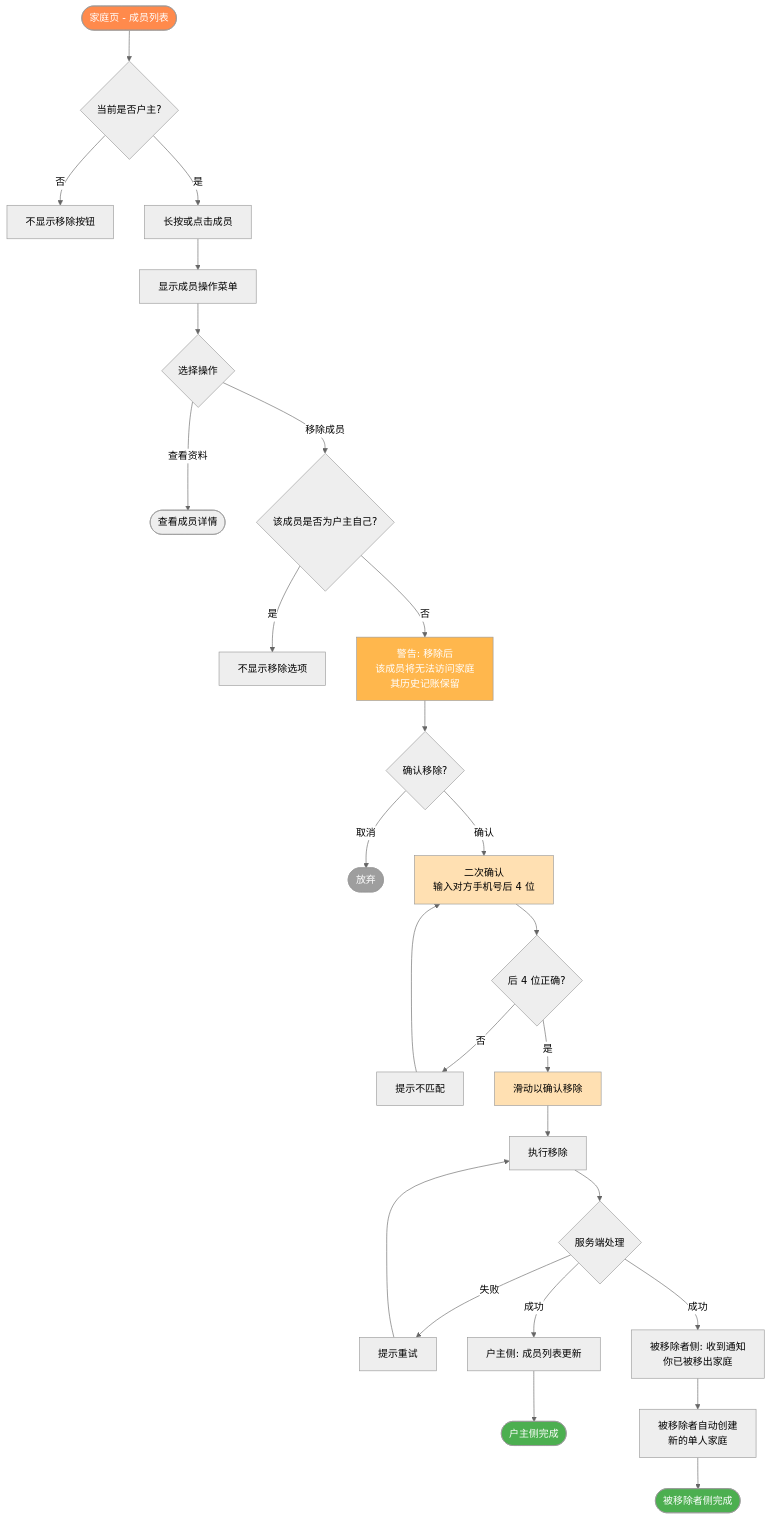
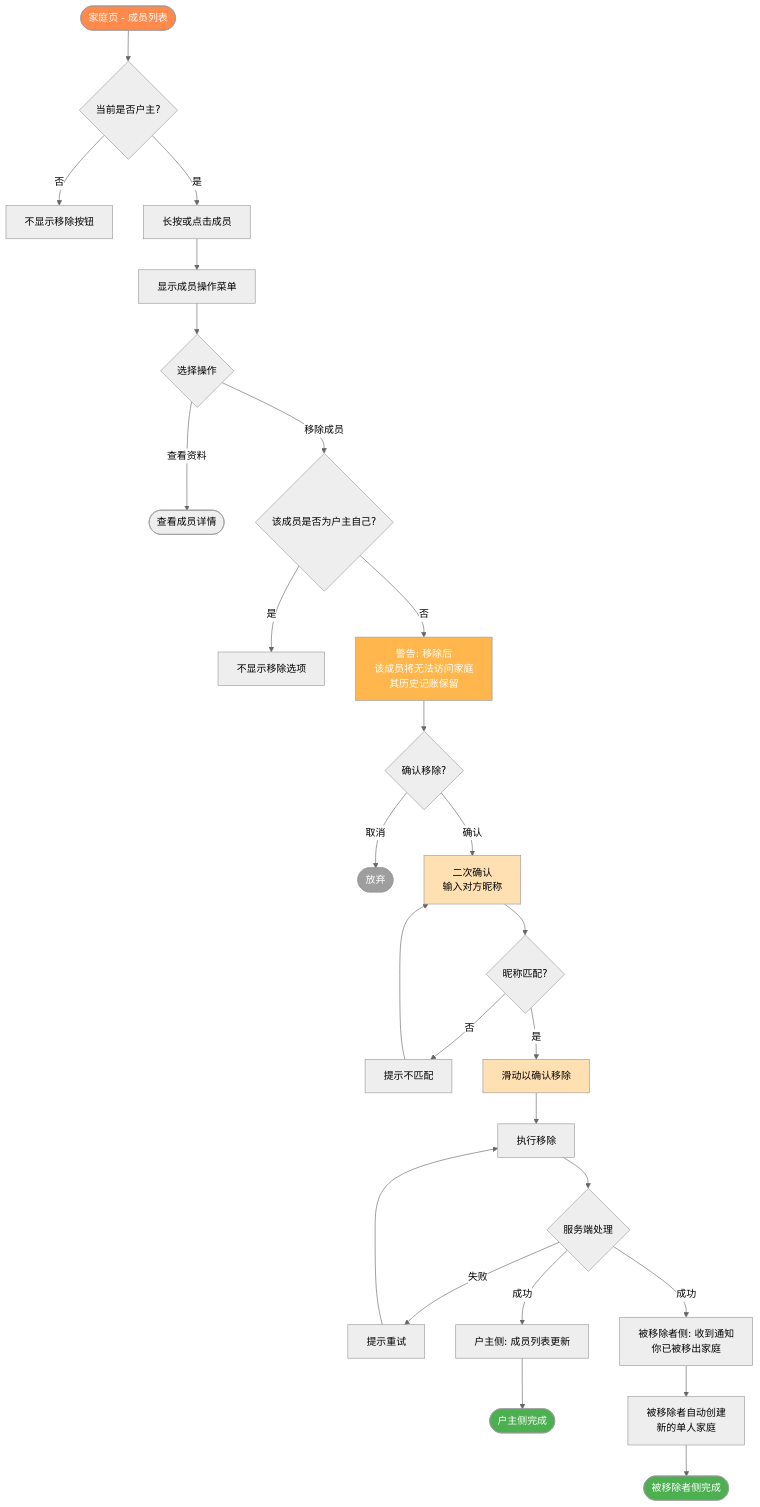
The seventh of 16 diagrams in docs/PRD.md (raochen0000/HomeBook), drawn with Mermaid (neutral theme) before and after one commit. The commit also changed other lines of this file and 25 other files, not shown here.

````diff
--- a/docs/PRD.md
+++ b/docs/PRD.md
@@ -604,44 +606,44 @@
 ```mermaid
 flowchart TD
     A([家庭页 - 成员列表]) --> B{当前是否户主?}
     B -- 否 --> B1[不显示移除按钮]
     B -- 是 --> C[长按或点击成员]
 
     C --> D[显示成员操作菜单]
     D --> E{选择操作}
 
     E -- 查看资料 --> E1([查看成员详情])
     E -- 移除成员 --> F{该成员是否为户主自己?}
 
     F -- 是 --> F1[不显示移除选项]
     F -- 否 --> G[警告: 移除后<br/>该成员将无法访问家庭<br/>其历史记账保留]
 
     G --> H{确认移除?}
     H -- 取消 --> Z1([放弃])
-    H -- 确认 --> I[二次确认<br/>输入对方手机号后 4 位]
+    H -- 确认 --> I[二次确认<br/>输入对方昵称]
 
-    I --> J{后 4 位正确?}
+    I --> J{昵称匹配?}
     J -- 否 --> J1[提示不匹配]
     J1 --> I
     J -- 是 --> Islide[滑动以确认移除]
     Islide --> K[执行移除]
 
     K --> L{服务端处理}
     L -- 失败 --> L1[提示重试]
     L1 --> K
 
     L -- 成功 --> M[户主侧: 成员列表更新]
     M --> Z2([户主侧完成])
 
     L -- 成功 --> N[被移除者侧: 收到通知<br/>你已被移出家庭]
     N --> O[被移除者自动创建<br/>新的单人家庭]
     O --> Z3([被移除者侧完成])
 
     style A fill:#FF8A4C,color:#fff
     style Z1 fill:#9E9E9E,color:#fff
     style Z2 fill:#4CAF50,color:#fff
     style Z3 fill:#4CAF50,color:#fff
     style G fill:#FFB74D,color:#fff
     style I fill:#FFE0B2
     style Islide fill:#FFE0B2
 ```
````
